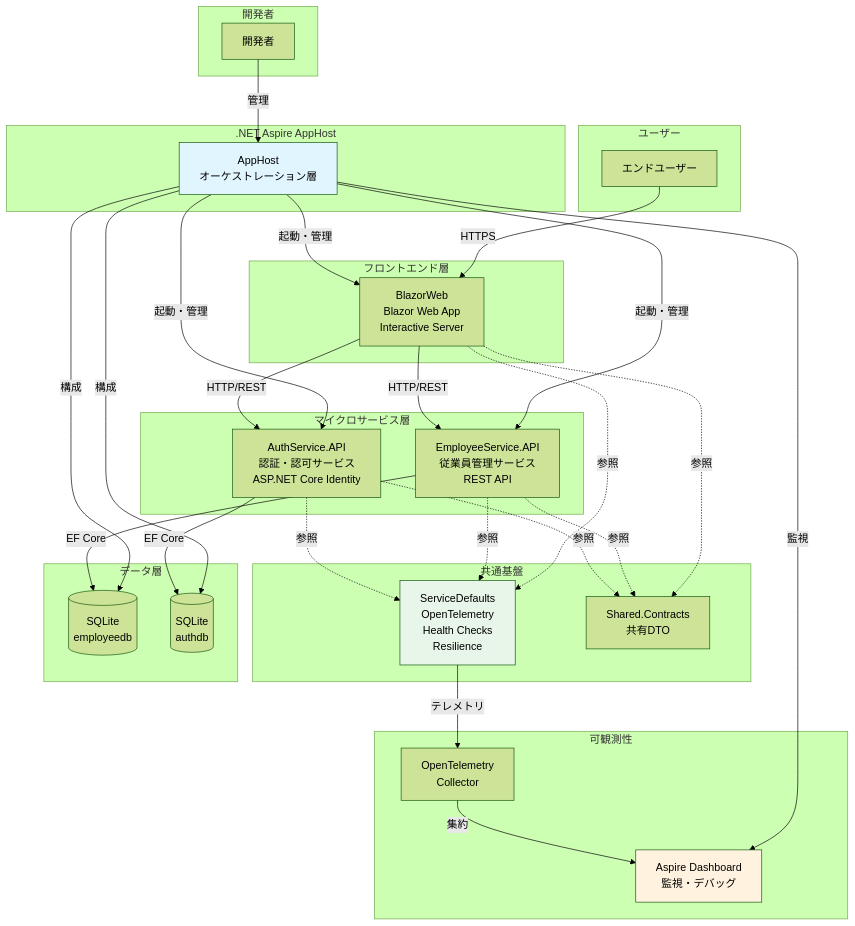
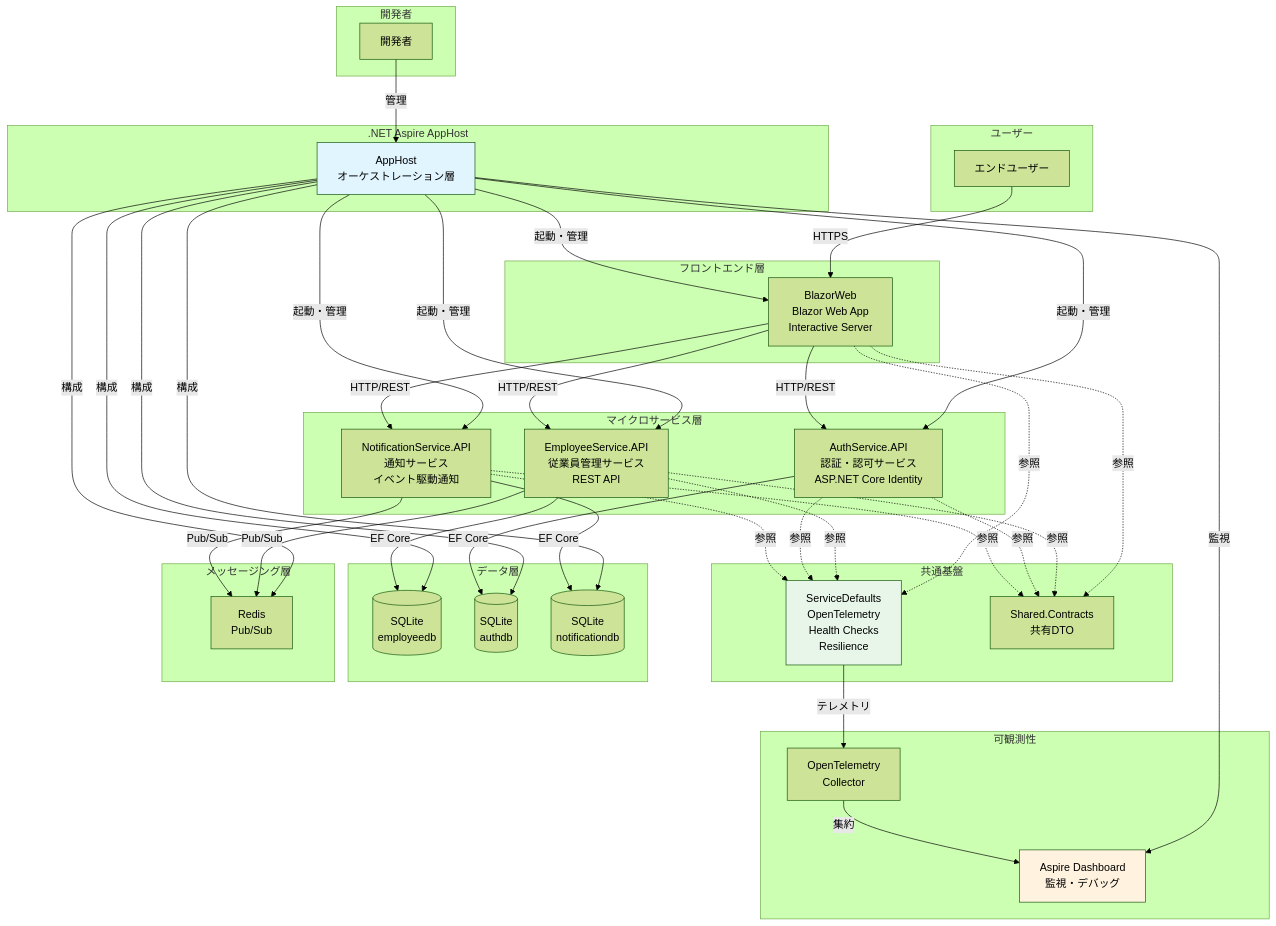
One commit to runceel/DotnetEmployeeManagementSystem changed the first of 4 diagrams in docs/architecture-detailed.md. Above: the diagram before and after it, drawn with Mermaid (forest theme). The commit also changed other lines of this file and 5 other files, not shown here.

Commit message:
Add notification service references to architecture documentation

```diff
--- a/docs/architecture-detailed.md
+++ b/docs/architecture-detailed.md
@@ -49,6 +49,7 @@
     subgraph "マイクロサービス層"
         EmployeeAPI[EmployeeService.API<br/>従業員管理サービス<br/>REST API]
         AuthAPI[AuthService.API<br/>認証・認可サービス<br/>ASP.NET Core Identity]
+        NotificationAPI[NotificationService.API<br/>通知サービス<br/>イベント駆動通知]
     end
     
     subgraph "共通基盤"
@@ -59,6 +60,11 @@
     subgraph "データ層"
         EmployeeDB[(SQLite<br/>employeedb)]
         AuthDB[(SQLite<br/>authdb)]
+        NotificationDB[(SQLite<br/>notificationdb)]
+    end
+    
+    subgraph "メッセージング層"
+        Redis[Redis<br/>Pub/Sub]
     end
     
     subgraph "可観測性"
@@ -71,22 +77,32 @@
     AppHost -->|起動・管理| BlazorWeb
     AppHost -->|起動・管理| EmployeeAPI
     AppHost -->|起動・管理| AuthAPI
+    AppHost -->|起動・管理| NotificationAPI
     AppHost -->|構成| EmployeeDB
     AppHost -->|構成| AuthDB
+    AppHost -->|構成| NotificationDB
+    AppHost -->|構成| Redis
     AppHost -->|監視| Dashboard
     
     BlazorWeb -->|HTTP/REST| EmployeeAPI
     BlazorWeb -->|HTTP/REST| AuthAPI
+    BlazorWeb -->|HTTP/REST| NotificationAPI
     BlazorWeb -.->|参照| ServiceDefaults
     BlazorWeb -.->|参照| Contracts
     
     EmployeeAPI -->|EF Core| EmployeeDB
+    EmployeeAPI -->|Pub/Sub| Redis
     EmployeeAPI -.->|参照| ServiceDefaults
     EmployeeAPI -.->|参照| Contracts
     
     AuthAPI -->|EF Core| AuthDB
     AuthAPI -.->|参照| ServiceDefaults
     AuthAPI -.->|参照| Contracts
+    
+    NotificationAPI -->|EF Core| NotificationDB
+    NotificationAPI -->|Pub/Sub| Redis
+    NotificationAPI -.->|参照| ServiceDefaults
+    NotificationAPI -.->|参照| Contracts
     
     ServiceDefaults -->|テレメトリ| OTel
     OTel -->|集約| Dashboard
```
